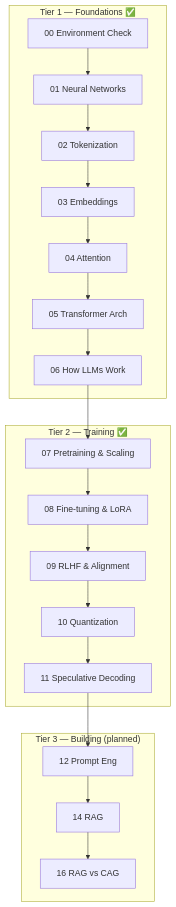
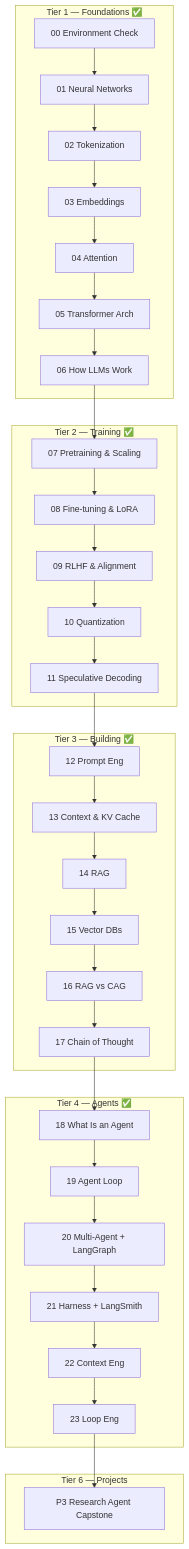
One commit to itaizg/rag-learning changed the diagram in README.md. Above: the diagram before and after it, drawn with Mermaid. The commit also changed other lines of this file and 36 other files, not shown here.

````diff
--- a/README.md
+++ b/README.md
@@ -21,17 +21,27 @@
 ```mermaid
 graph TD
     subgraph T1["Tier 1 — Foundations ✅"]
         N00[00 Environment Check] --> N01[01 Neural Networks]
         N01 --> N02[02 Tokenization] --> N03[03 Embeddings]
         N03 --> N04[04 Attention] --> N05[05 Transformer Arch] --> N06[06 How LLMs Work]
     end
     subgraph T2["Tier 2 — Training ✅"]
         N07[07 Pretraining & Scaling] --> N08[08 Fine-tuning & LoRA]
         N08 --> N09[09 RLHF & Alignment] --> N10[10 Quantization] --> N11[11 Speculative Decoding]
     end
-    subgraph T3["Tier 3 — Building (planned)"]
-        N12[12 Prompt Eng] --> N14[14 RAG] --> N16[16 RAG vs CAG]
+    subgraph T3["Tier 3 — Building ✅"]
+        N12[12 Prompt Eng] --> N13[13 Context & KV Cache] --> N14[14 RAG]
+        N14 --> N15[15 Vector DBs] --> N16[16 RAG vs CAG] --> N17[17 Chain of Thought]
+    end
+    subgraph T4["Tier 4 — Agents ✅"]
+        N18[18 What Is an Agent] --> N19[19 Agent Loop] --> N20[20 Multi-Agent + LangGraph]
+        N20 --> N21[21 Harness + LangSmith] --> N22[22 Context Eng] --> N23[23 Loop Eng]
+    end
+    subgraph T6["Tier 6 — Projects"]
+        P3[P3 Research Agent Capstone]
     end
     N06 --> N07
     N11 --> N12
+    N17 --> N18
+    N23 --> P3
 ```
````
